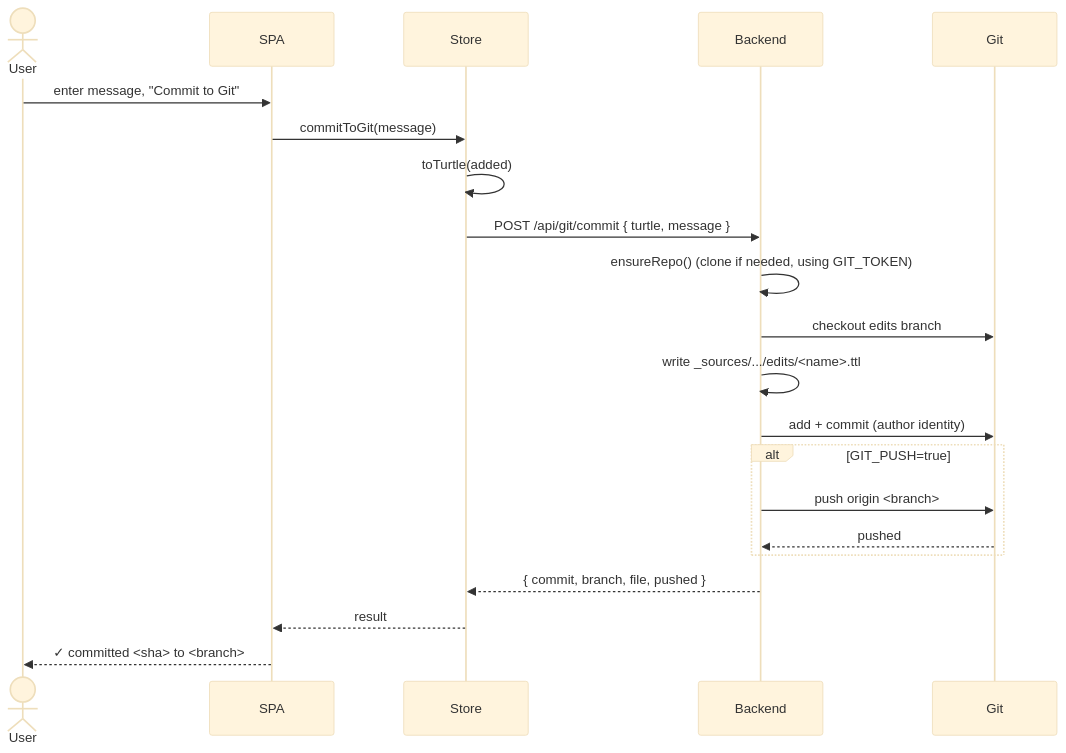
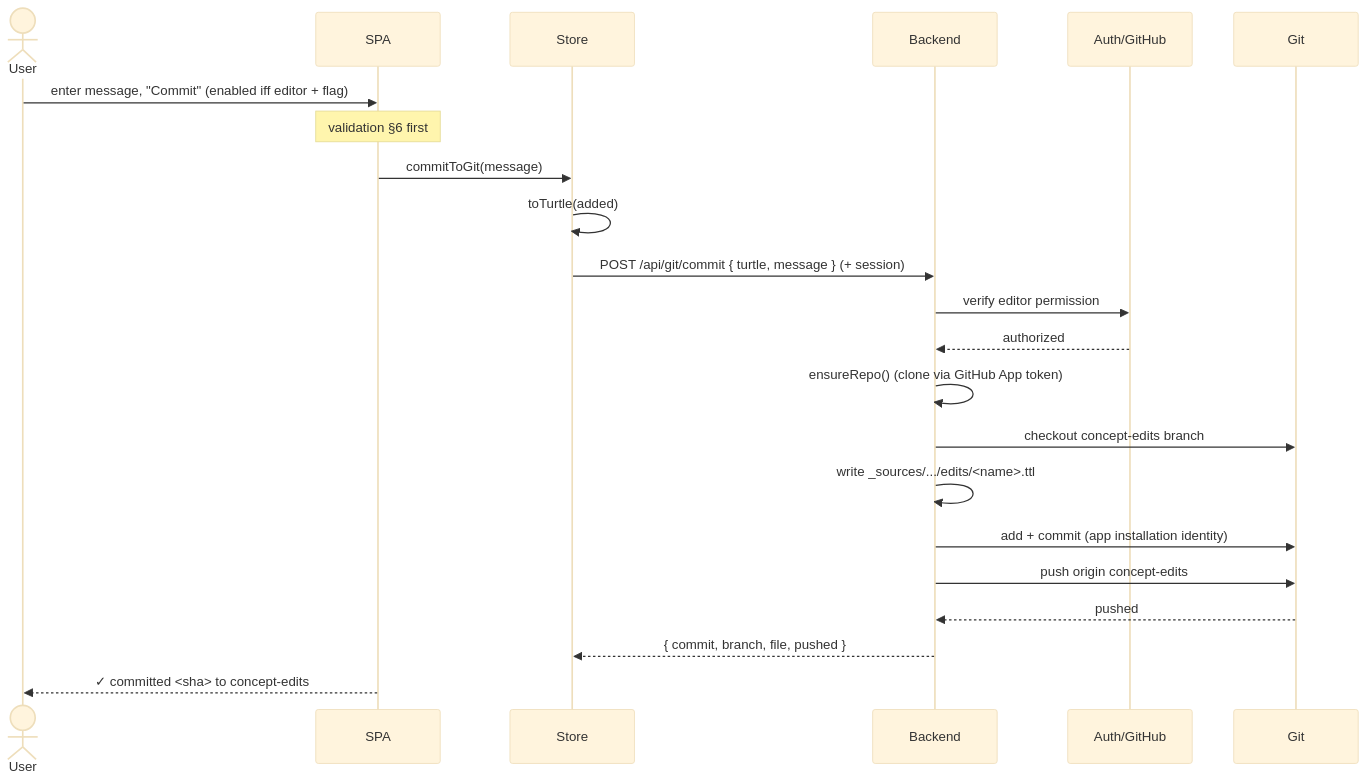
The ninth of 11 diagrams in app/docs/data-exchange.md (ogcincubator/bblocks-seadots), drawn with Mermaid (base theme) before and after one commit. The commit also changed other lines of this file and 9 other files, not shown here.

````diff
--- a/app/docs/data-exchange.md
+++ b/app/docs/data-exchange.md
@@ -182,24 +261,25 @@
 ```mermaid
 sequenceDiagram
     actor User
     participant SPA
     participant Store
     participant Backend
+    participant Auth/GitHub
     participant Git
 
-    User->>SPA: enter message, "Commit to Git"
+    User->>SPA: enter message, "Commit" (enabled iff editor + flag)
+    note over SPA: validation §6 first
     SPA->>Store: commitToGit(message)
     Store->>Store: toTurtle(added)
-    Store->>Backend: POST /api/git/commit { turtle, message }
-    Backend->>Backend: ensureRepo() (clone if needed, using GIT_TOKEN)
-    Backend->>Git: checkout edits branch
+    Store->>Backend: POST /api/git/commit { turtle, message } (+ session)
+    Backend->>Auth/GitHub: verify editor permission
+    Auth/GitHub-->>Backend: authorized
+    Backend->>Backend: ensureRepo() (clone via GitHub App token)
+    Backend->>Git: checkout concept-edits branch
     Backend->>Backend: write _sources/.../edits/<name>.ttl
-    Backend->>Git: add + commit (author identity)
-    alt GIT_PUSH=true
-        Backend->>Git: push origin <branch>
-        Git-->>Backend: pushed
-    end
+    Backend->>Git: add + commit (app installation identity)
+    Backend->>Git: push origin concept-edits
+    Git-->>Backend: pushed
     Backend-->>Store: { commit, branch, file, pushed }
-    Store-->>SPA: result
-    SPA-->>User: ✓ committed <sha> to <branch>
+    SPA-->>User: ✓ committed <sha> to concept-edits
 ```
````
